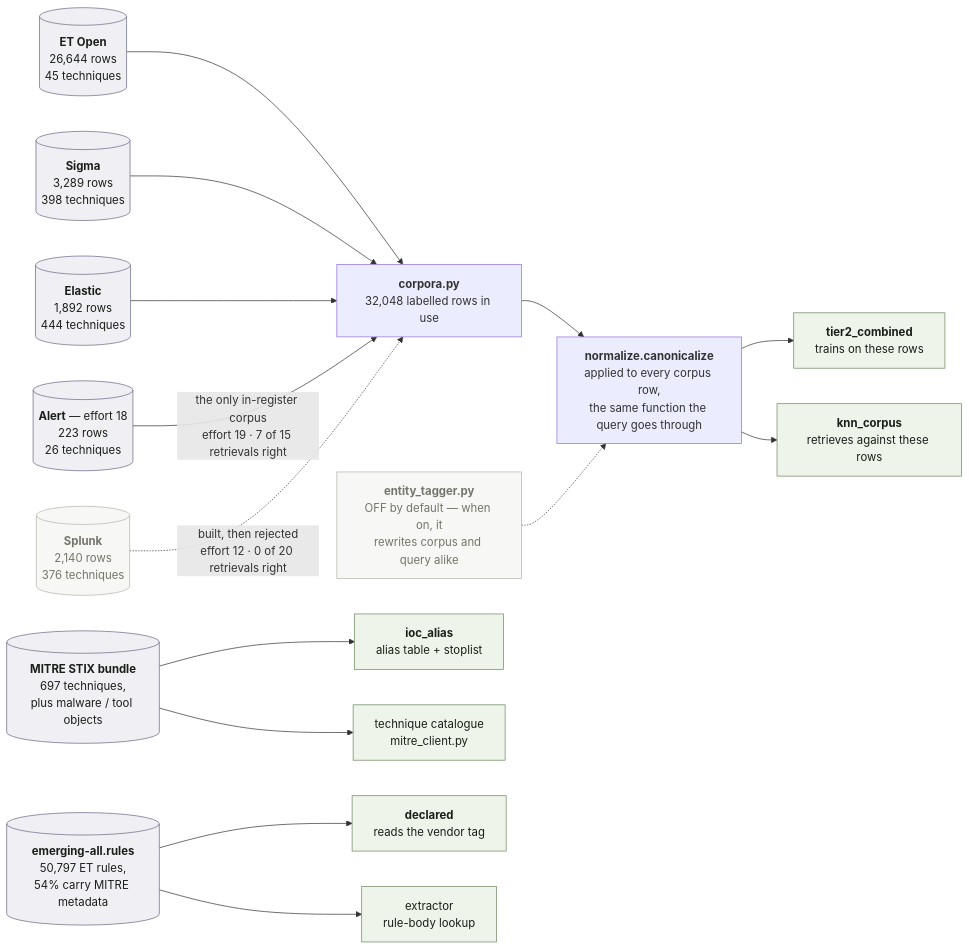
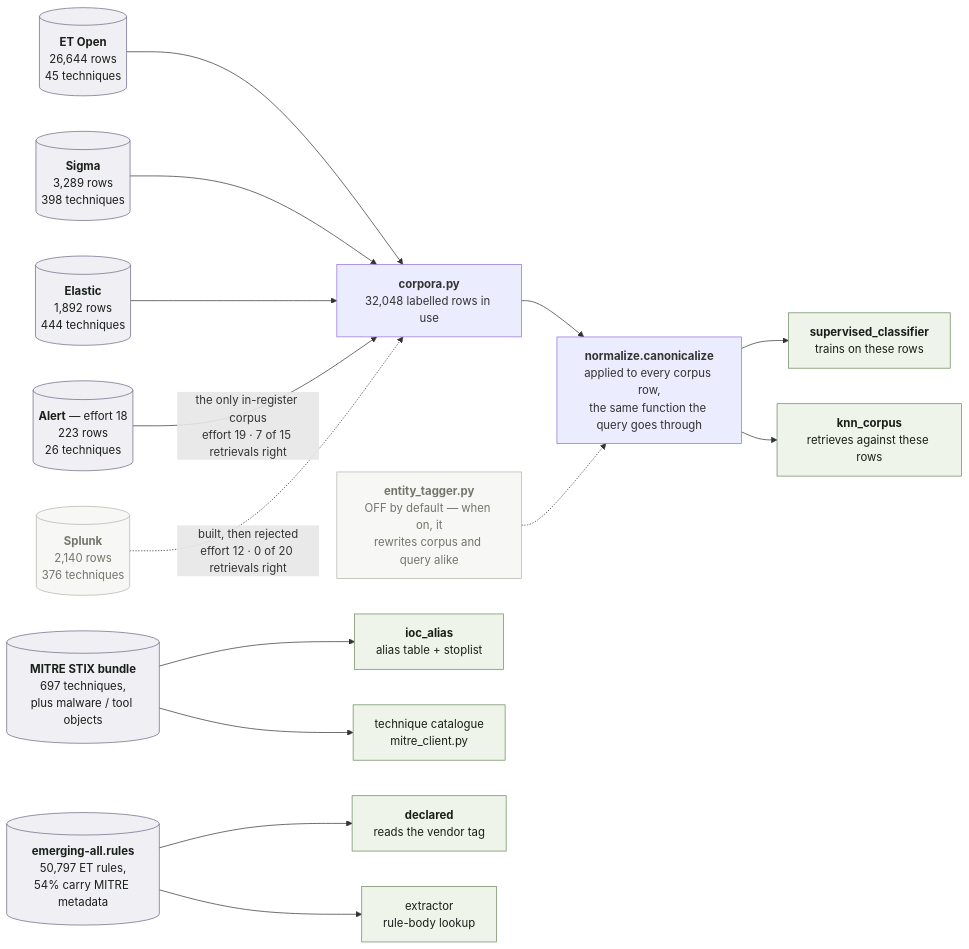
Before and after one commit to jamiegharrison24/SAGE: the second of 2 diagrams in experiments/mitre_mapping/REPORT.md, drawn with Mermaid. The commit also changed other lines of this file and 7 other files, not shown here.

````diff
--- a/experiments/mitre_mapping/REPORT.md
+++ b/experiments/mitre_mapping/REPORT.md
@@ -2509,36 +2530,36 @@
 ```mermaid
 flowchart LR
     ET[("<b>ET Open</b><br/>26,644 rows<br/>45 techniques")]
     SG[("<b>Sigma</b><br/>3,289 rows<br/>398 techniques")]
     EL[("<b>Elastic</b><br/>1,892 rows<br/>444 techniques")]
     SP[("<b>Splunk</b><br/>2,140 rows<br/>376 techniques")]
     AL[("<b>Alert</b> — effort 18<br/>223 rows<br/>26 techniques")]
     ST[("<b>MITRE STIX bundle</b><br/>697 techniques,<br/>plus malware / tool objects")]
     RU[("<b>emerging-all.rules</b><br/>50,797 ET rules,<br/>54% carry MITRE metadata")]
 
     CORP["<b>corpora.py</b><br/>32,048 labelled rows in use"]
 
     ET --> CORP
     SG --> CORP
     EL --> CORP
     AL -->|"the only in-register corpus<br/>effort 19 · 7 of 15 retrievals right"| CORP
     SP -.->|"built, then rejected<br/>effort 12 · 0 of 20 retrievals right"| CORP
 
     CORP --> NORM["<b>normalize.canonicalize</b><br/>applied to every corpus row,<br/>the same function the query goes through"]
     TAG2["<b>entity_tagger.py</b><br/>OFF by default — when on, it<br/>rewrites corpus and query alike"]
     TAG2 -.-> NORM
 
-    NORM --> CLF["<b>tier2_combined</b><br/>trains on these rows"]
+    NORM --> CLF["<b>supervised_classifier</b><br/>trains on these rows"]
     NORM --> KNN["<b>knn_corpus</b><br/>retrieves against these rows"]
     ST --> ALI["<b>ioc_alias</b><br/>alias table + stoplist"]
     ST --> CAT["technique catalogue<br/>mitre_client.py"]
     RU --> DEC["<b>declared</b><br/>reads the vendor tag"]
     RU --> EXB["extractor<br/>rule-body lookup"]
 
     classDef data fill:#f0f0f4,stroke:#6a6a86,color:#1b1f1a
     classDef res fill:#eef4ea,stroke:#6d8a5f,color:#1b1f1a
     classDef off fill:#f7f7f5,stroke:#b5b5ad,color:#75756c
     class ET,SG,EL,AL,ST,RU data
     class SP,TAG2 off
     class CLF,KNN,ALI,CAT,DEC,EXB res
 ```
````
